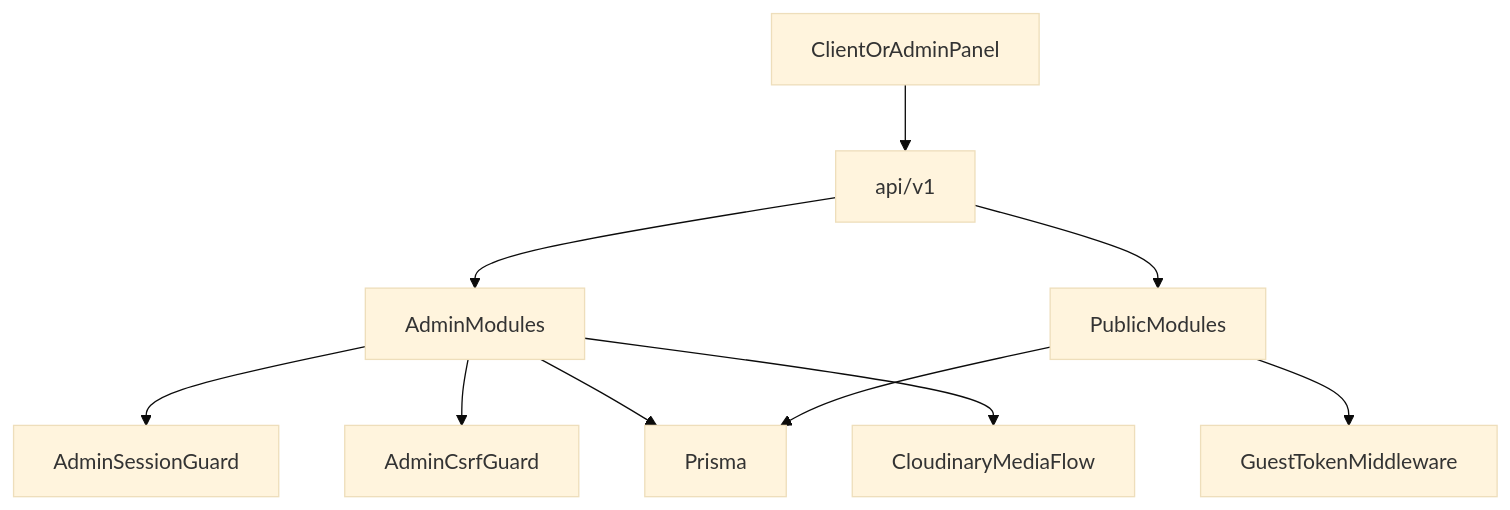
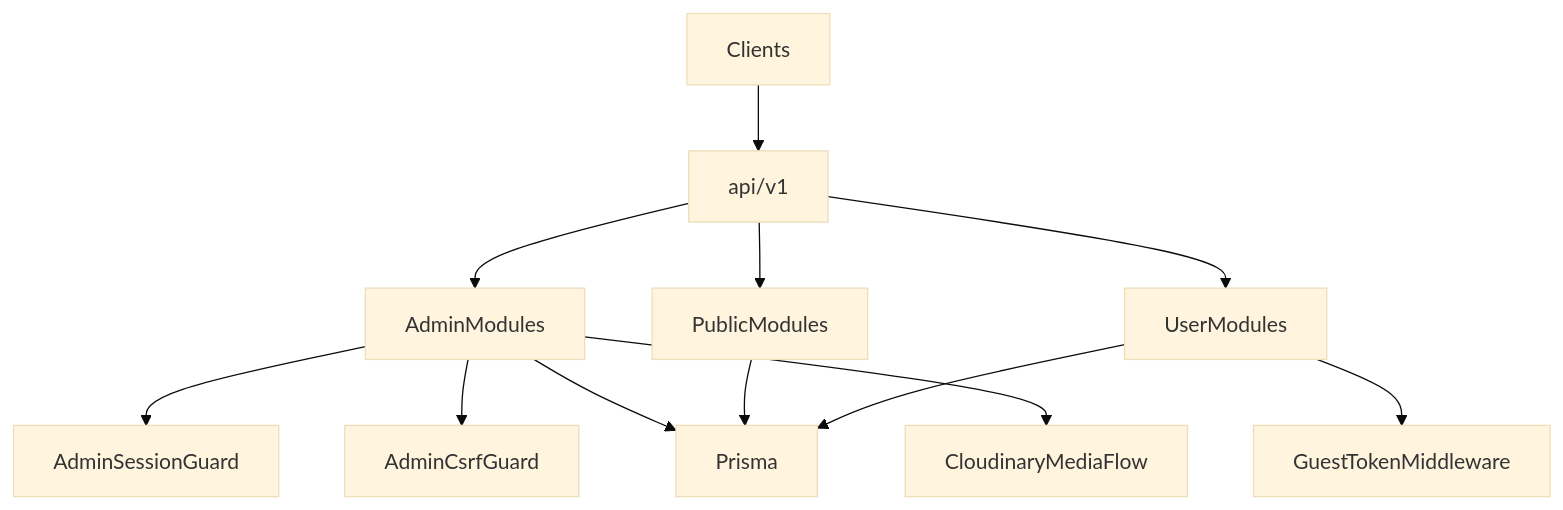
Before and after one commit to aayman01/gym-back: the second of 2 diagrams in README.md, drawn with Mermaid (base theme). The commit also changed other lines of this file and 1 other file, not shown here.

````diff
--- a/README.md
+++ b/README.md
@@ -101,12 +159,14 @@
 ```mermaid
 flowchart TD
-  Client[ClientOrAdminPanel] --> Api[api/v1]
+  Client[Clients] --> Api[api/v1]
   Api --> AdminApi[AdminModules]
   Api --> PublicApi[PublicModules]
+  Api --> UserApi[UserModules]
   AdminApi --> SessionGuard[AdminSessionGuard]
   AdminApi --> CsrfGuard[AdminCsrfGuard]
-  PublicApi --> GuestMiddleware[GuestTokenMiddleware]
+  UserApi --> GuestMiddleware[GuestTokenMiddleware]
   AdminApi --> Prisma[Prisma]
   PublicApi --> Prisma
+  UserApi --> Prisma
   AdminApi --> Cloudinary[CloudinaryMediaFlow]
 ```
````
